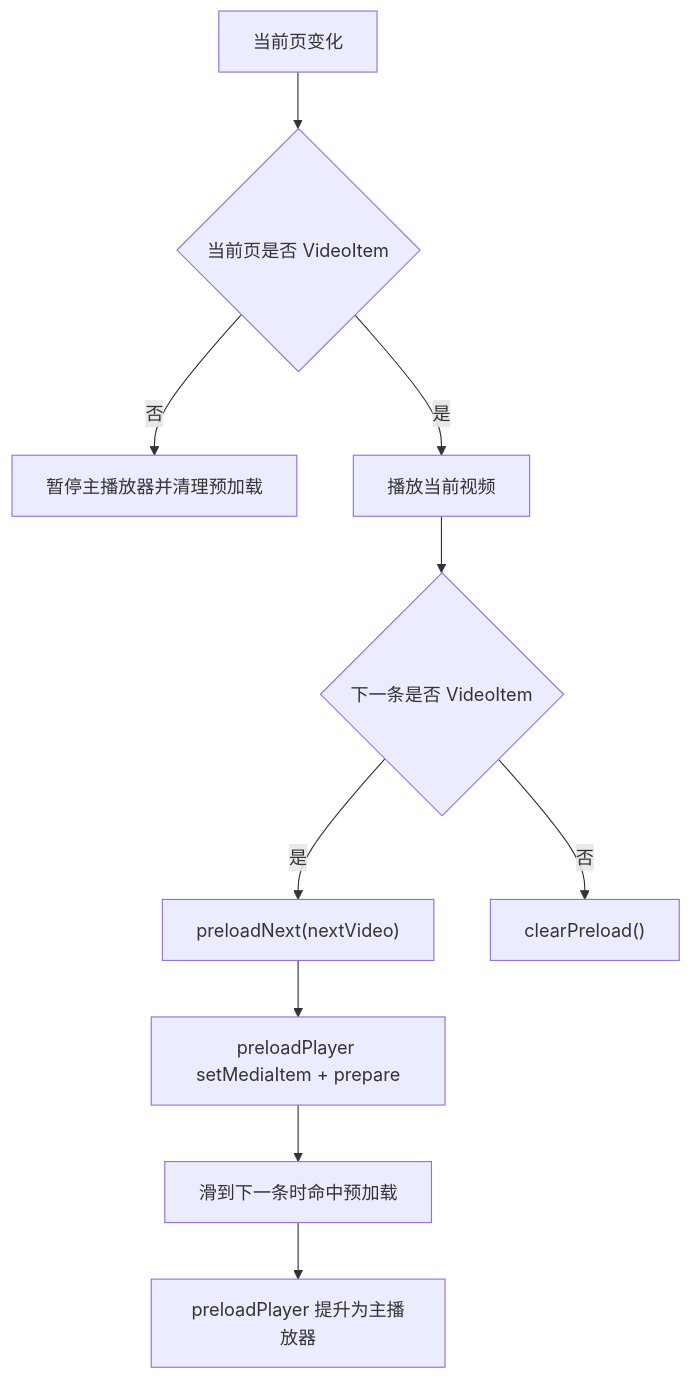
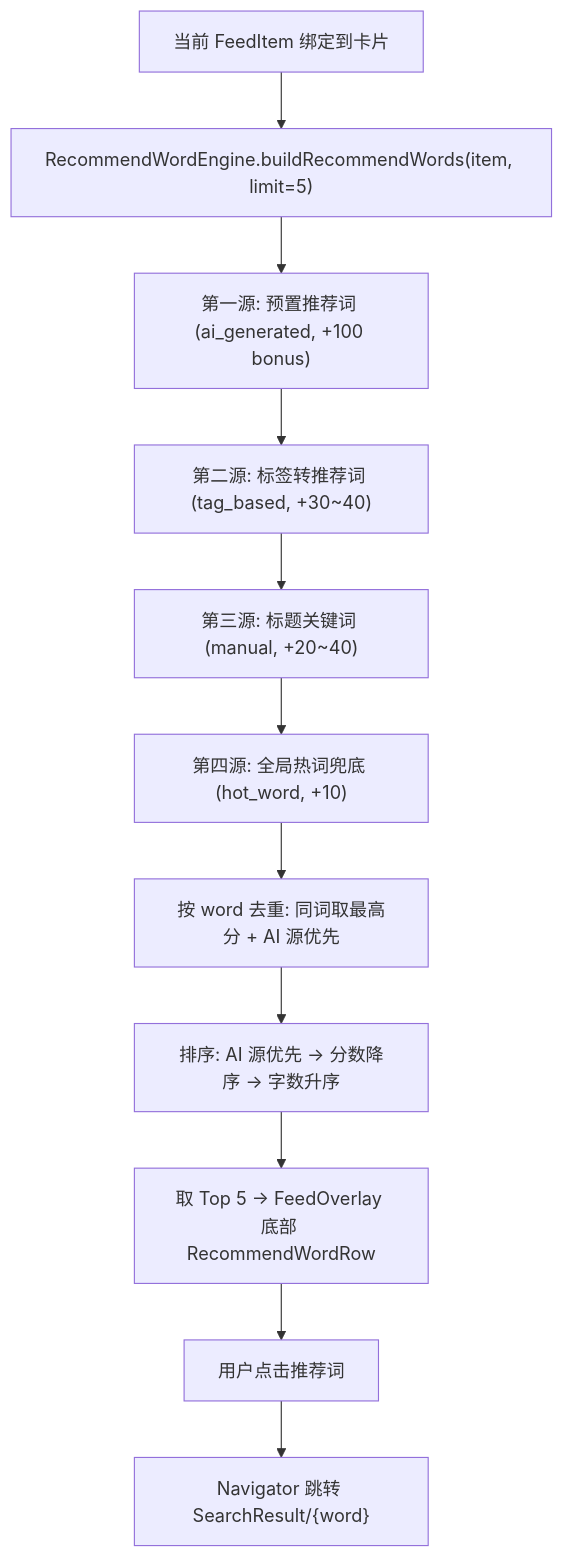
Before and after one commit to Tmilk123/Android: the ninth of 9 diagrams in docs/technical_design.md, drawn with Mermaid. The commit also changed other lines of this file and 2 other files, not shown here.

````diff
--- a/docs/technical_design.md
+++ b/docs/technical_design.md
@@ -403,12 +682,13 @@
 ```mermaid
 flowchart TD
-    A["当前页变化"] --> B{"当前页是否 VideoItem"}
-    B -- "否" --> C["暂停主播放器并清理预加载"]
-    B -- "是" --> D["播放当前视频"]
-    D --> E{"下一条是否 VideoItem"}
-    E -- "是" --> F["preloadNext(nextVideo)"]
-    E -- "否" --> G["clearPreload()"]
-    F --> H["preloadPlayer setMediaItem + prepare"]
-    H --> I["滑到下一条时命中预加载"]
-    I --> J["preloadPlayer 提升为主播放器"]
+    A["当前 FeedItem 绑定到卡片"] --> B["RecommendWordEngine.buildRecommendWords(item, limit=5)"]
+    B --> C["第一源: 预置推荐词 (ai_generated, +100 bonus)"]
+    C --> D["第二源: 标签转推荐词 (tag_based, +30~40)"]
+    D --> E["第三源: 标题关键词 (manual, +20~40)"]
+    E --> F["第四源: 全局热词兜底 (hot_word, +10)"]
+    F --> G["按 word 去重: 同词取最高分 + AI 源优先"]
+    G --> H["排序: AI 源优先 → 分数降序 → 字数升序"]
+    H --> I["取 Top 5 → FeedOverlay 底部 RecommendWordRow"]
+    I --> J["用户点击推荐词"]
+    J --> K["Navigator 跳转 SearchResult/{word}"]
 ```
````
